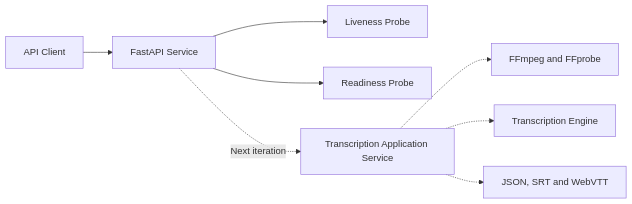
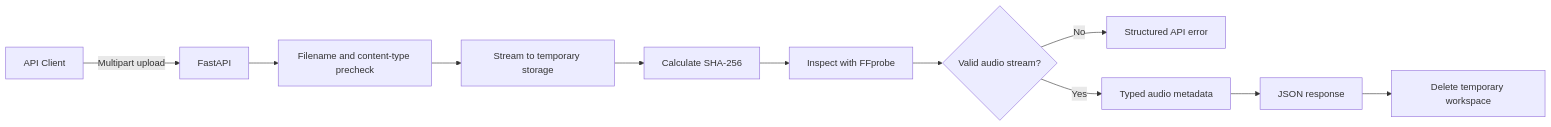
One commit to aizazmahmood/speech-transcription-service changed the first of 5 diagrams in README.md. Above: the diagram before and after it, drawn with Mermaid. The commit also changed other lines of this file and 23 other files, not shown here.

````diff
--- a/README.md
+++ b/README.md
@@ -26,12 +33,16 @@
 ```mermaid
 flowchart LR
-    Client[API Client] --> API[FastAPI Service]
+    Client[API Client] -->|Multipart upload| API[FastAPI]
 
-    API --> Live[Liveness Probe]
-    API --> Ready[Readiness Probe]
+    API --> Precheck[Filename and content-type precheck]
+    Precheck --> Stage[Stream to temporary storage]
+    Stage --> Hash[Calculate SHA-256]
+    Hash --> Probe[Inspect with FFprobe]
 
-    API -. Next iteration .-> Application[Transcription Application Service]
-    Application -.-> Audio[FFmpeg and FFprobe]
-    Application -.-> Engine[Transcription Engine]
-    Application -.-> Export[JSON, SRT and WebVTT]
+    Probe --> Decision{Valid audio stream?}
+    Decision -->|No| Error[Structured API error]
+    Decision -->|Yes| Metadata[Typed audio metadata]
+
+    Metadata --> Response[JSON response]
+    Response --> Cleanup[Delete temporary workspace]
 ```
````
